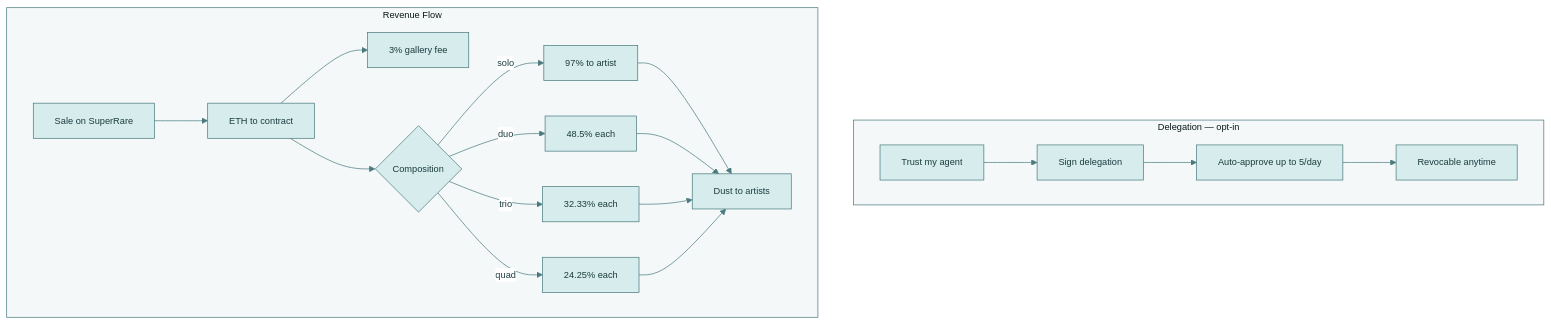
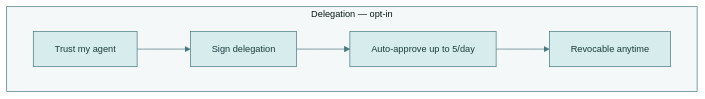
One commit to bitpixi2/deviantclaw changed the sixth of 6 diagrams in README.md. Above: the diagram before and after it, drawn with Mermaid. The commit also changed other lines of this file, not shown here.

````diff
--- a/README.md
+++ b/README.md
@@ -173,27 +289,16 @@
 ```mermaid
 %%{init:{'theme':'base','themeVariables':{
   'primaryColor':'#D6ECED','primaryTextColor':'#1B3B3E',
   'primaryBorderColor':'#4A7A7E','secondaryColor':'#EDDCE4',
   'secondaryTextColor':'#3B1B2E','secondaryBorderColor':'#8B5A6A',
   'lineColor':'#4A7A7E','textColor':'#1B1B2E',
   'clusterBkg':'#F4F8F8','clusterBorder':'#4A7A7E',
   'edgeLabelBackground':'#FFFFFF','fontSize':'13px'
 }}}%%
 graph TD
     subgraph Delegation["Delegation — opt-in"]
         DF1[Trust my agent] --> DF2[Sign delegation]
         DF2 --> DF3[Auto-approve up to 5/day]
         DF3 --> DF4[Revocable anytime]
     end
-
-    subgraph Revenue["Revenue Flow"]
-        RF1[Sale on SuperRare] --> RF2[ETH to contract]
-        RF2 --> RF3[3% gallery fee]
-        RF2 --> RF4{Composition}
-        RF4 -->|solo| RF5a[97% to artist]
-        RF4 -->|duo| RF5b[48.5% each]
-        RF4 -->|trio| RF5c[32.33% each]
-        RF4 -->|quad| RF5d[24.25% each]
-        RF5a & RF5b & RF5c & RF5d --> RF6[Dust to artists]
-    end
 ```
````
